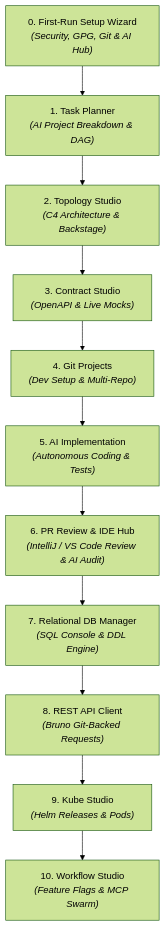
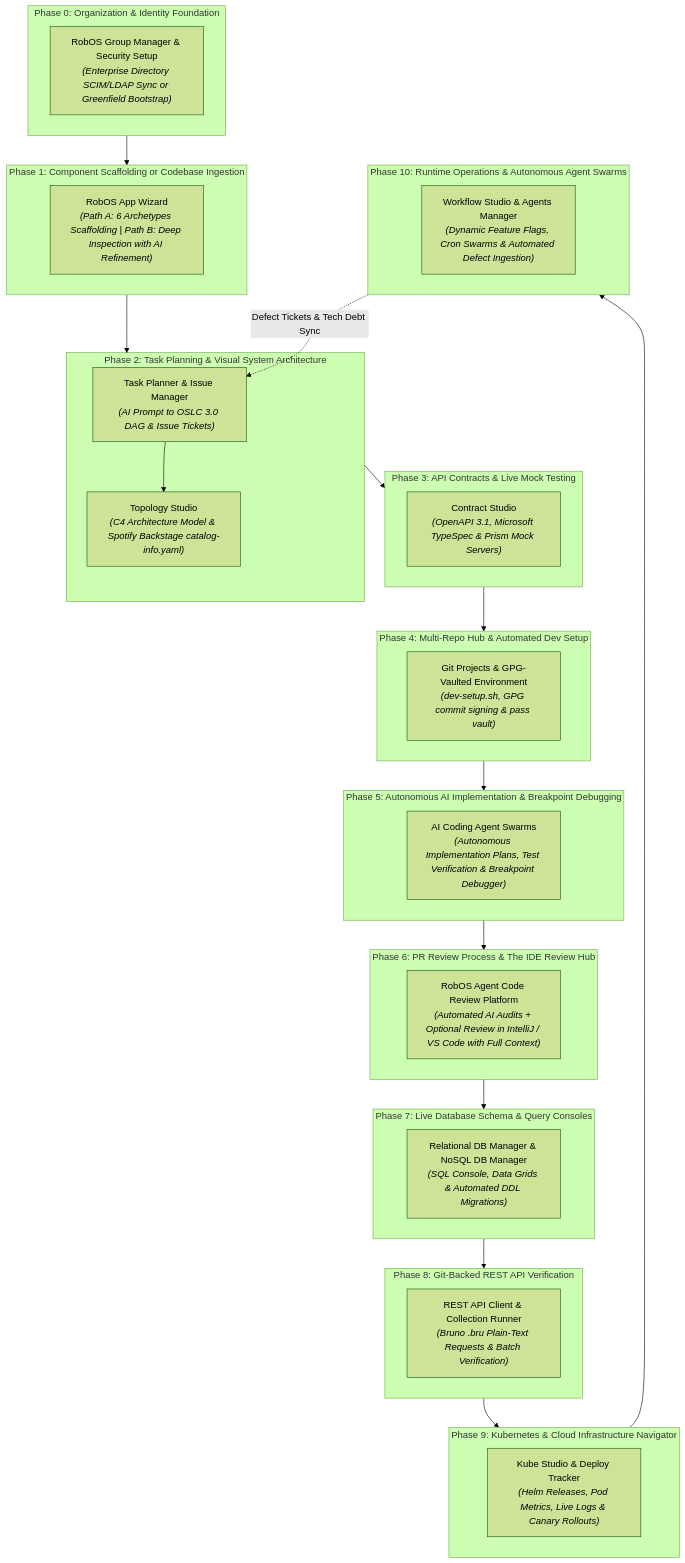
Before and after one commit to nddipiazza/robos: the first of 3 diagrams in docs/app-development-flow.md, drawn with Mermaid (forest theme). The commit also changed other lines of this file and 133 other files, not shown here.

````diff
--- a/docs/app-development-flow.md
+++ b/docs/app-development-flow.md
@@ -29,13 +33,60 @@
 ```mermaid
 flowchart TD
-    Setup["0. First-Run Setup Wizard<br/><i>(Security, GPG, Git & AI Hub)</i>"] --> Step1["1. Task Planner<br/><i>(AI Project Breakdown & DAG)</i>"]
-    Step1 --> Step2["2. Topology Studio<br/><i>(C4 Architecture & Backstage)</i>"]
-    Step2 --> Step3["3. Contract Studio<br/><i>(OpenAPI & Live Mocks)</i>"]
-    Step3 --> Step4["4. Git Projects<br/><i>(Dev Setup & Multi-Repo)</i>"]
-    Step4 --> Step5["5. AI Implementation<br/><i>(Autonomous Coding & Tests)</i>"]
-    Step5 --> Step6["6. PR Review & IDE Hub<br/><i>(IntelliJ / VS Code Review & AI Audit)</i>"]
-    Step6 --> Step7["7. Relational DB Manager<br/><i>(SQL Console & DDL Engine)</i>"]
-    Step7 --> Step8["8. REST API Client<br/><i>(Bruno Git-Backed Requests)</i>"]
-    Step8 --> Step9["9. Kube Studio<br/><i>(Helm Releases & Pods)</i>"]
-    Step9 --> Step10["10. Workflow Studio<br/><i>(Feature Flags & MCP Swarm)</i>"]
+    subgraph P0 ["Phase 0: Organization & Identity Foundation"]
+        P0_A["RobOS Group Manager & Security Setup<br/><i>(Enterprise Directory SCIM/LDAP Sync or Greenfield Bootstrap)</i>"]
+    end
+
+    subgraph P1 ["Phase 1: Component Scaffolding or Codebase Ingestion"]
+        P1_A["RobOS App Wizard<br/><i>(Path A: 6 Archetypes Scaffolding | Path B: Deep Inspection with AI Refinement)</i>"]
+    end
+
+    subgraph P2 ["Phase 2: Task Planning & Visual System Architecture"]
+        P2_A["Task Planner & Issue Manager<br/><i>(AI Prompt to OSLC 3.0 DAG & Issue Tickets)</i>"]
+        P2_B["Topology Studio<br/><i>(C4 Architecture Model & Spotify Backstage catalog-info.yaml)</i>"]
+        P2_A --> P2_B
+    end
+
+    subgraph P3 ["Phase 3: API Contracts & Live Mock Testing"]
+        P3_A["Contract Studio<br/><i>(OpenAPI 3.1, Microsoft TypeSpec & Prism Mock Servers)</i>"]
+    end
+
+    subgraph P4 ["Phase 4: Multi-Repo Hub & Automated Dev Setup"]
+        P4_A["Git Projects & GPG-Vaulted Environment<br/><i>(dev-setup.sh, GPG commit signing & pass vault)</i>"]
+    end
+
+    subgraph P5 ["Phase 5: Autonomous AI Implementation & Breakpoint Debugging"]
+        P5_A["AI Coding Agent Swarms<br/><i>(Autonomous Implementation Plans, Test Verification & Breakpoint Debugger)</i>"]
+    end
+
+    subgraph P6 ["Phase 6: PR Review Process & The IDE Review Hub"]
+        P6_A["RobOS Agent Code Review Platform<br/><i>(Automated AI Audits + Optional Review in IntelliJ / VS Code with Full Context)</i>"]
+    end
+
+    subgraph P7 ["Phase 7: Live Database Schema & Query Consoles"]
+        P7_A["Relational DB Manager & NoSQL DB Manager<br/><i>(SQL Console, Data Grids & Automated DDL Migrations)</i>"]
+    end
+
+    subgraph P8 ["Phase 8: Git-Backed REST API Verification"]
+        P8_A["REST API Client & Collection Runner<br/><i>(Bruno .bru Plain-Text Requests & Batch Verification)</i>"]
+    end
+
+    subgraph P9 ["Phase 9: Kubernetes & Cloud Infrastructure Navigator"]
+        P9_A["Kube Studio & Deploy Tracker<br/><i>(Helm Releases, Pod Metrics, Live Logs & Canary Rollouts)</i>"]
+    end
+
+    subgraph P10 ["Phase 10: Runtime Operations & Autonomous Agent Swarms"]
+        P10_A["Workflow Studio & Agents Manager<br/><i>(Dynamic Feature Flags, Cron Swarms & Automated Defect Ingestion)</i>"]
+    end
+
+    P0 --> P1
+    P1 --> P2
+    P2 --> P3
+    P3 --> P4
+    P4 --> P5
+    P5 --> P6
+    P6 --> P7
+    P7 --> P8
+    P8 --> P9
+    P9 --> P10
+    P10 -.->|"Defect Tickets & Tech Debt Sync"| P2_A
 ```
````
